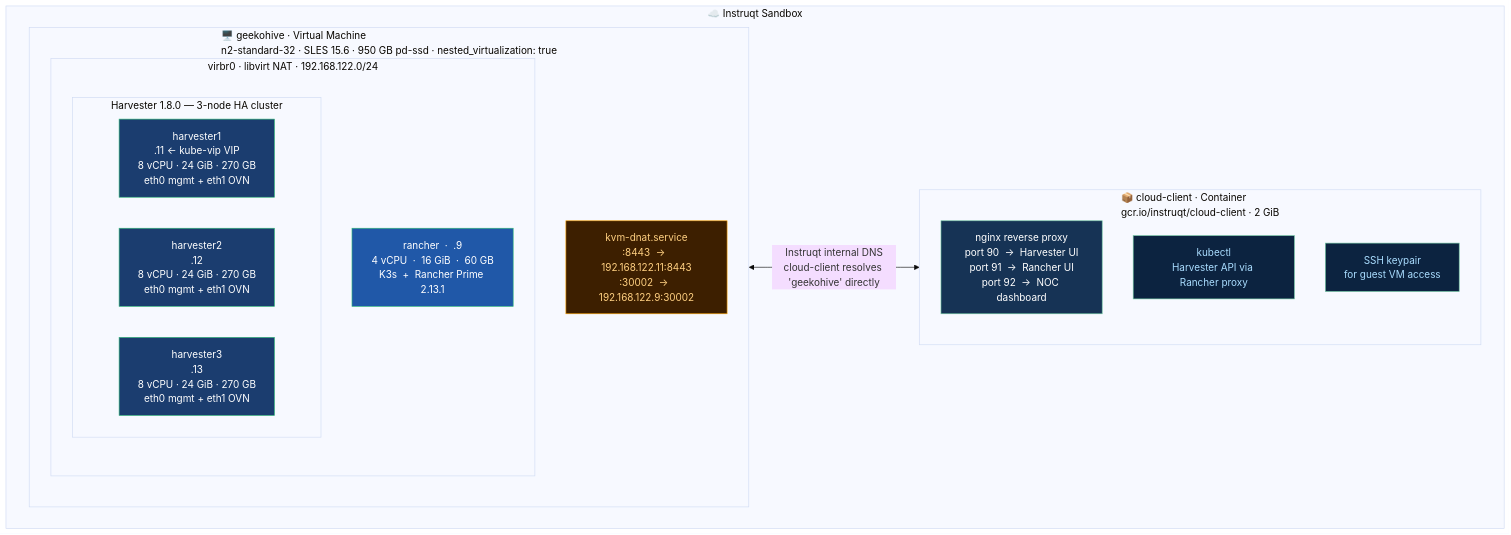
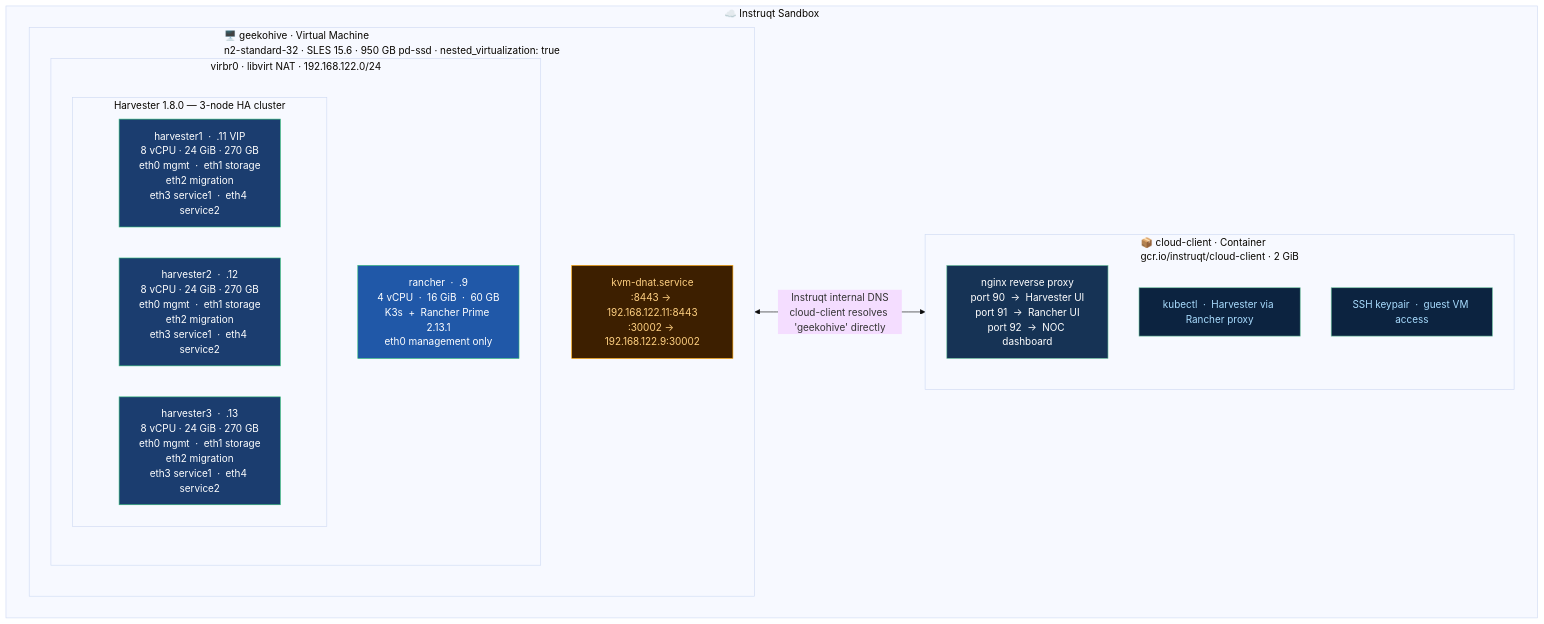
The diagram in assets/diagrams/sandbox-layout.mmd (SUSE-Technical-Marketing/suse-virt-rodeo), drawn with Mermaid (base theme) before and after one commit. The commit also changed 12 other files, not shown here.

```diff
--- a/assets/diagrams/sandbox-layout.mmd
+++ b/assets/diagrams/sandbox-layout.mmd
@@ -1,44 +1,41 @@
 graph TB
     subgraph SANDBOX["☁️  Instruqt Sandbox"]
         direction LR
 
         subgraph GH["🖥️  geekohive  ·  Virtual Machine\nn2-standard-32  ·  SLES 15.6  ·  950 GB pd-ssd  ·  nested_virtualization: true"]
             direction TB
-
-            DNAT["kvm-dnat.service\n:8443  →  192.168.122.11:8443\n:30002  →  192.168.122.9:30002"]
+            DNAT["kvm-dnat.service\n:8443 → 192.168.122.11:8443\n:30002 → 192.168.122.9:30002"]
 
             subgraph VIRBR["virbr0  ·  libvirt NAT  ·  192.168.122.0/24"]
                 direction TB
-
                 subgraph HVC["Harvester 1.8.0  —  3-node HA cluster"]
                     direction LR
-                    H1["harvester1\n.11  ←  kube-vip VIP\n8 vCPU · 24 GiB · 270 GB\neth0 mgmt + eth1 OVN"]
-                    H2["harvester2\n.12\n8 vCPU · 24 GiB · 270 GB\neth0 mgmt + eth1 OVN"]
-                    H3["harvester3\n.13\n8 vCPU · 24 GiB · 270 GB\neth0 mgmt + eth1 OVN"]
+                    H1["harvester1  ·  .11 VIP\n8 vCPU · 24 GiB · 270 GB\neth0 mgmt  ·  eth1 storage\neth2 migration\neth3 service1  ·  eth4 service2"]
+                    H2["harvester2  ·  .12\n8 vCPU · 24 GiB · 270 GB\neth0 mgmt  ·  eth1 storage\neth2 migration\neth3 service1  ·  eth4 service2"]
+                    H3["harvester3  ·  .13\n8 vCPU · 24 GiB · 270 GB\neth0 mgmt  ·  eth1 storage\neth2 migration\neth3 service1  ·  eth4 service2"]
                 end
-
-                RN["rancher  ·  .9\n4 vCPU  ·  16 GiB  ·  60 GB\nK3s  +  Rancher Prime 2.13.1"]
+                RN["rancher  ·  .9\n4 vCPU  ·  16 GiB  ·  60 GB\nK3s  +  Rancher Prime 2.13.1\neth0 management only"]
             end
         end
 
         subgraph CC["📦  cloud-client  ·  Container\ngcr.io/instruqt/cloud-client  ·  2 GiB"]
             direction TB
             NGX["nginx reverse proxy\nport 90  →  Harvester UI\nport 91  →  Rancher UI\nport 92  →  NOC dashboard"]
-            KCT["kubectl\nHarvester API via Rancher proxy"]
-            SSH_KEY["SSH keypair\nfor guest VM access"]
+            KCT["kubectl  ·  Harvester via Rancher proxy"]
+            SSH_KEY["SSH keypair  ·  guest VM access"]
         end
     end
 
     GH <-->|"Instruqt internal DNS\ncloud-client resolves 'geekohive' directly"| CC
 
     classDef harvester fill:#1B3D6F,stroke:#30BA78,color:#fff
     classDef rancher   fill:#2058A8,stroke:#30BA78,color:#fff
     classDef nginx     fill:#163355,stroke:#6EC6A0,color:#fff
     classDef dnat      fill:#3D1F00,stroke:#FFA500,color:#FFD080
     classDef util      fill:#0C2340,stroke:#6EC6A0,color:#adf
 
     class H1,H2,H3 harvester
     class RN rancher
     class NGX nginx
     class DNAT dnat
     class KCT,SSH_KEY util
```
